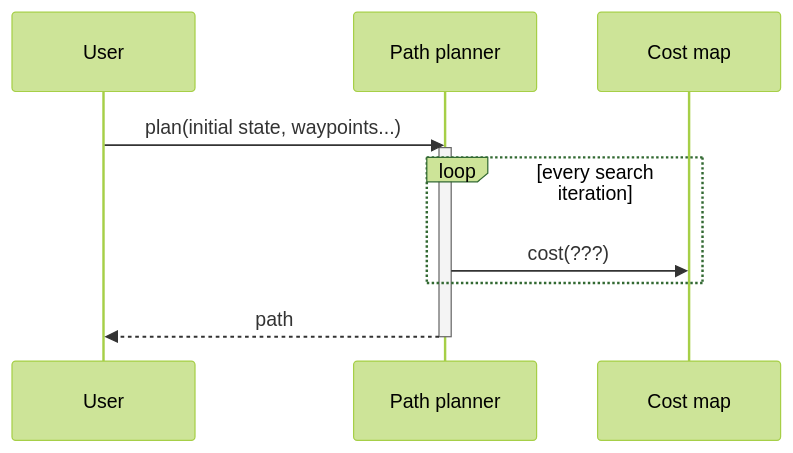
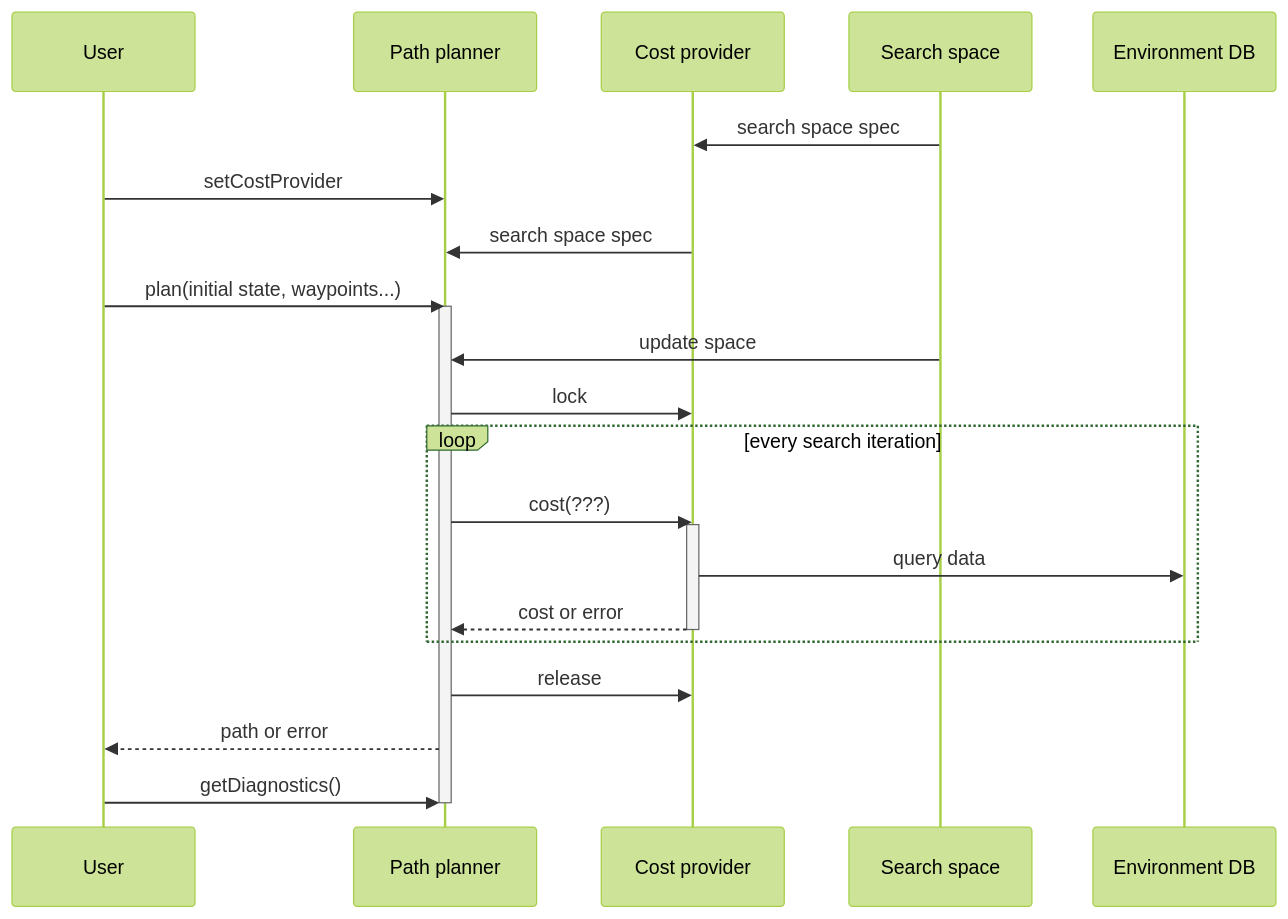
The second of 2 diagrams in docs/vault/api.md (henrikuuste/codejam22-template), drawn with Mermaid (forest theme) before and after one commit. The commit also changed other lines of this file and 8 other files, not shown here.

````diff
--- a/docs/vault/api.md
+++ b/docs/vault/api.md
@@ -48,13 +48,26 @@
 ```mermaid
 sequenceDiagram
   participant U as User
   participant PP as Path planner
-  participant CM as Cost map
+  participant CM as Cost provider
+  participant S as Search space
+  participant EDB as Environment DB
+  S ->> CM: search space spec
+  U ->> PP: setCostProvider
+  CM ->> PP: search space spec
   U ->> PP: plan(initial state, waypoints...)
   activate PP
+  S ->> PP: update space
+  PP ->> CM: lock
   loop every search iteration
     PP ->> CM: cost(???)
+    activate CM
+    CM ->> EDB: query data
+    CM -->> PP: cost or error
+    deactivate CM
   end
-  PP -->> U: path
+  PP ->> CM: release
+  PP -->> U: path or error
+  U ->> PP: getDiagnostics()
   deactivate PP
 ```
````
